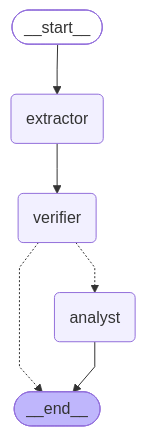
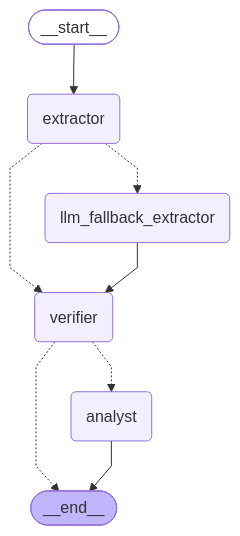
One commit to iva2020dev/reinsurance-treaty-agent changed the diagram in README.md. Above: the diagram before and after it, drawn with Mermaid. The commit also changed other lines of this file and 7 other files, not shown here.

First line of the commit message:
Implement the LLM fallback extraction node (implement-llm-fallback-node) (#27)

````diff
--- a/README.md
+++ b/README.md
@@ -16,21 +21,24 @@
 ```mermaid
 ---
 config:
   flowchart:
     curve: linear
 ---
 graph TD;
 	__start__([<p>__start__</p>]):::first
 	extractor(extractor)
+	llm_fallback_extractor(llm_fallback_extractor)
 	verifier(verifier)
 	analyst(analyst)
 	__end__([<p>__end__</p>]):::last
 	__start__ --> extractor;
-	extractor --> verifier;
+	extractor -.-> llm_fallback_extractor;
+	extractor -.-> verifier;
+	llm_fallback_extractor --> verifier;
 	verifier -.-> __end__;
 	verifier -.-> analyst;
 	analyst --> __end__;
 	classDef default fill:#f2f0ff,line-height:1.2
 	classDef first fill-opacity:0
 	classDef last fill:#bfb6fc
 ```
````
